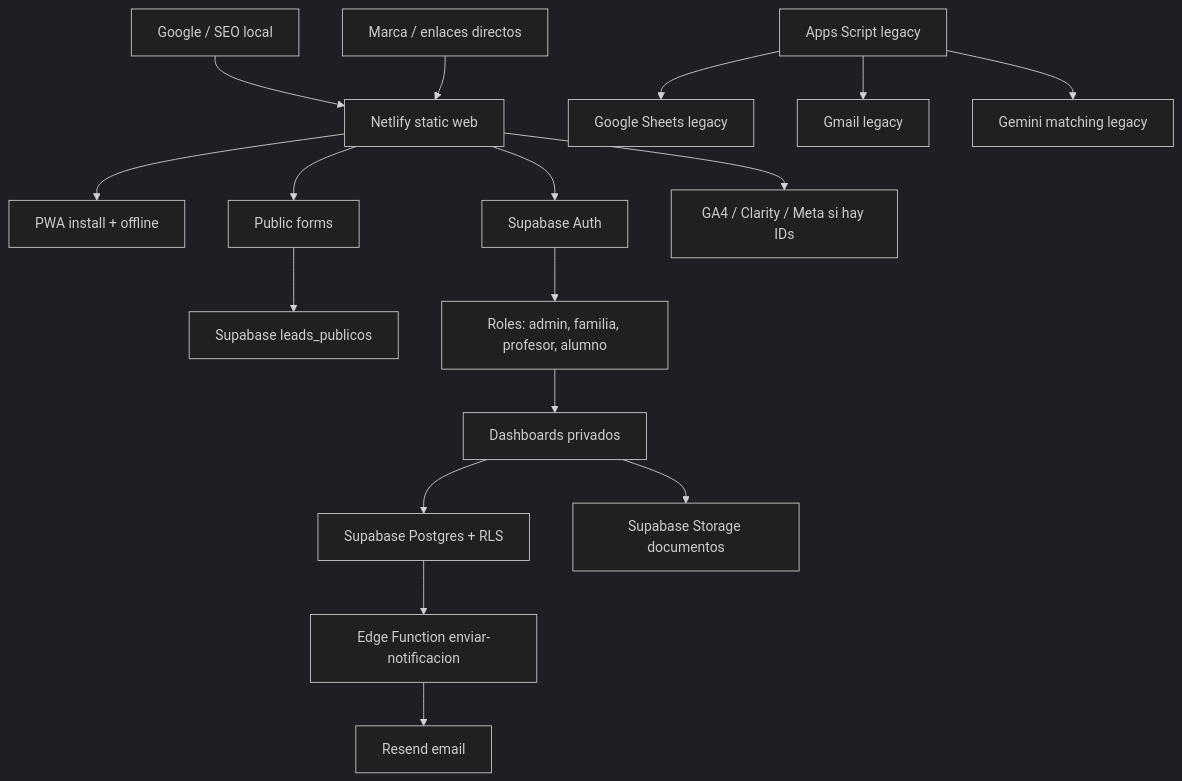
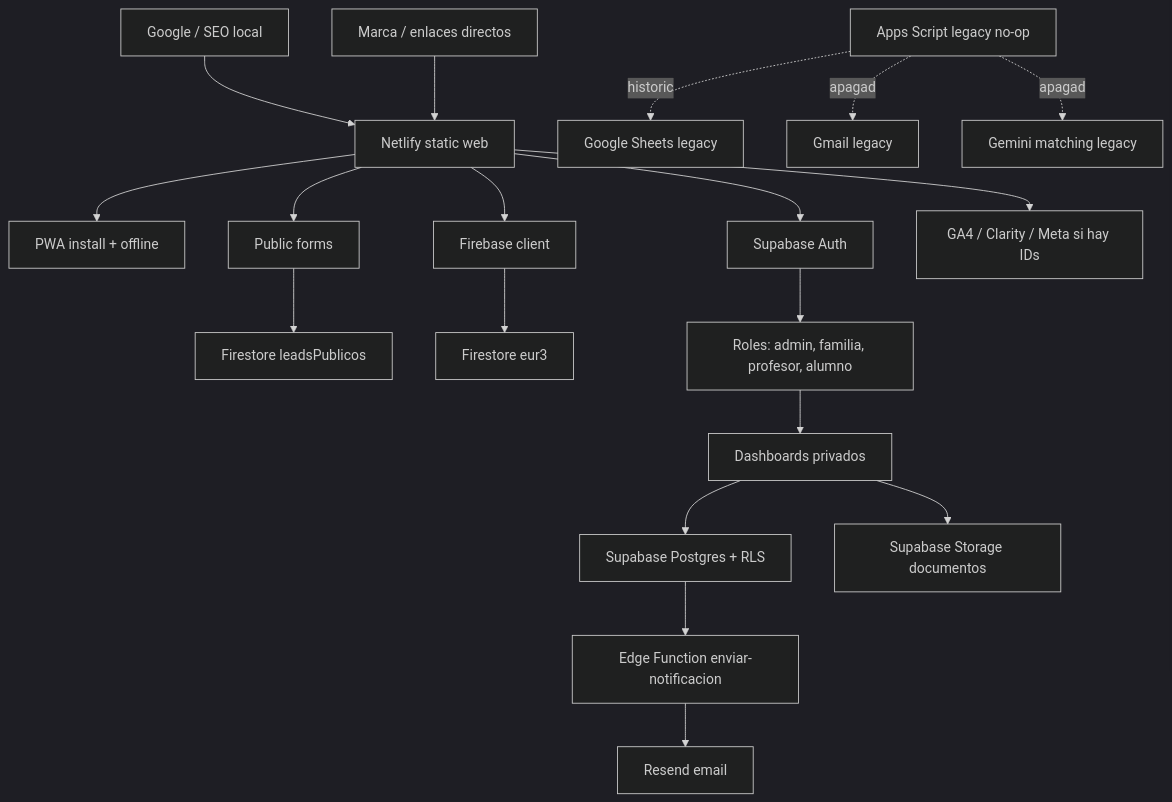
One commit to ClasesDe10/clasesde10 changed the diagram in SYSTEM_MAP.md. Above: the diagram before and after it, drawn with Mermaid (dark theme). The commit also changed other lines of this file and 12 other files, not shown here.

Commit message:
feat: migrar formularios publicos a firestore

````diff
--- a/SYSTEM_MAP.md
+++ b/SYSTEM_MAP.md
@@ -7,19 +7,21 @@
 ```mermaid
 flowchart TD
   SEO["Google / SEO local"] --> WEB["Netlify static web"]
   DIRECT["Marca / enlaces directos"] --> WEB
   WEB --> PWA["PWA install + offline"]
   WEB --> FORMS["Public forms"]
-  FORMS --> LEADS["Supabase leads_publicos"]
+  FORMS --> LEADS["Firestore leadsPublicos"]
+  WEB --> FIREBASE["Firebase client"]
+  FIREBASE --> FSTORE["Firestore eur3"]
   WEB --> AUTH["Supabase Auth"]
   AUTH --> ROLES["Roles: admin, familia, profesor, alumno"]
   ROLES --> DASH["Dashboards privados"]
   DASH --> DB["Supabase Postgres + RLS"]
   DASH --> STORAGE["Supabase Storage documentos"]
   DB --> EDGE["Edge Function enviar-notificacion"]
   EDGE --> RESEND["Resend email"]
   WEB --> ANALYTICS["GA4 / Clarity / Meta si hay IDs"]
-  GAS["Apps Script legacy"] --> SHEETS["Google Sheets legacy"]
-  GAS --> GMAIL["Gmail legacy"]
-  GAS --> GEMINI["Gemini matching legacy"]
+  GAS["Apps Script legacy no-op"] -.historico.-> SHEETS["Google Sheets legacy"]
+  GAS -.apagado.-> GMAIL["Gmail legacy"]
+  GAS -.apagado.-> GEMINI["Gemini matching legacy"]
 ```
````
